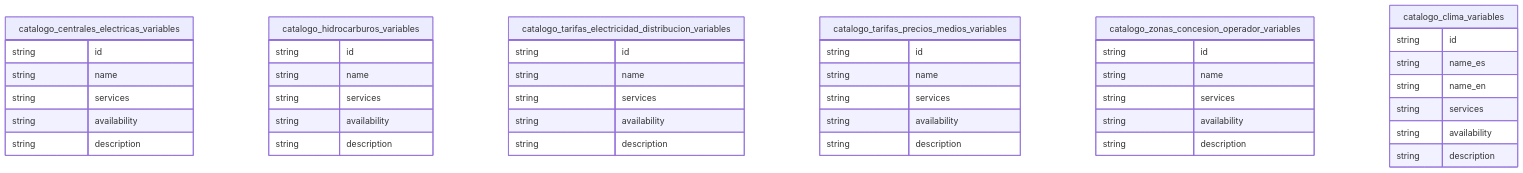
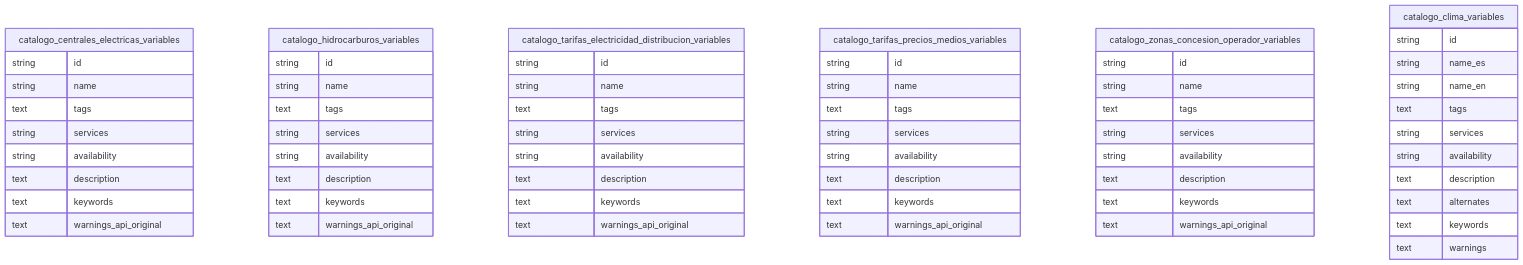
The third of 5 diagrams in README.md (DiegoMonteroCRC/Prediccion_Consumo_Energia_Costa_Rica), drawn with Mermaid before and after one commit. The commit also changed other lines of this file and 9 other files, not shown here.

````diff
--- a/README.md
+++ b/README.md
@@ -299,51 +299,70 @@
 ```mermaid
 erDiagram
     catalogo_centrales_electricas_variables {
         string id
         string name
+        text tags
         string services
         string availability
-        string description
+        text description
+        text keywords
+        text warnings_api_original
     }
 
     catalogo_hidrocarburos_variables {
         string id
         string name
+        text tags
         string services
         string availability
-        string description
+        text description
+        text keywords
+        text warnings_api_original
     }
 
     catalogo_tarifas_electricidad_distribucion_variables {
         string id
         string name
+        text tags
         string services
         string availability
-        string description
+        text description
+        text keywords
+        text warnings_api_original
     }
 
     catalogo_tarifas_precios_medios_variables {
         string id
         string name
+        text tags
         string services
         string availability
-        string description
+        text description
+        text keywords
+        text warnings_api_original
     }
 
     catalogo_zonas_concesion_operador_variables {
         string id
         string name
+        text tags
         string services
         string availability
-        string description
+        text description
+        text keywords
+        text warnings_api_original
     }
 
     catalogo_clima_variables {
         string id
         string name_es
         string name_en
+        text tags
         string services
         string availability
-        string description
+        text description
+        text alternates
+        text keywords
+        text warnings
     }
 ```
````
